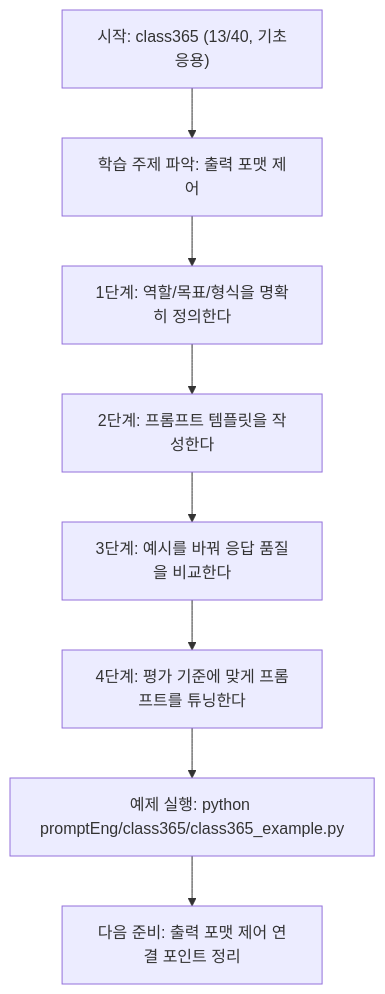
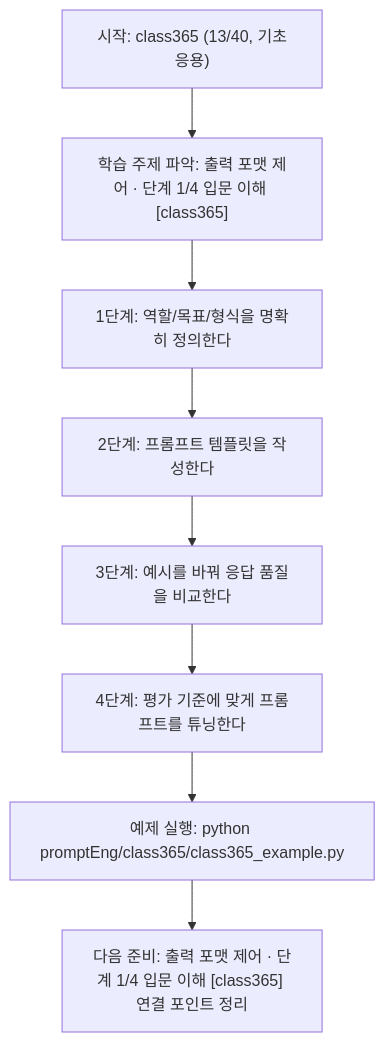
Before and after one commit to edumgt/Python-AI_Agent-Class: the diagram in promptEng/class365/class365.md, drawn with Mermaid. The commit also changed other lines of this file and 522 other files, not shown here.

````diff
--- a/promptEng/class365/class365.md
+++ b/promptEng/class365/class365.md
@@ -109,18 +110,18 @@
 ```mermaid
 flowchart TD
 N1["시작: class365 (13/40, 기초응용)"]
-N2["학습 주제 파악: 출력 포맷 제어"]
+N2["학습 주제 파악: 출력 포맷 제어 · 단계 1/4 입문 이해 [class365]"]
 N3["1단계: 역할/목표/형식을 명확히 정의한다"]
 N4["2단계: 프롬프트 템플릿을 작성한다"]
 N5["3단계: 예시를 바꿔 응답 품질을 비교한다"]
 N6["4단계: 평가 기준에 맞게 프롬프트를 튜닝한다"]
 N7["예제 실행: python promptEng/class365/class365_example.py"]
-N8["다음 준비: 출력 포맷 제어 연결 포인트 정리"]
+N8["다음 준비: 출력 포맷 제어 · 단계 1/4 입문 이해 [class365] 연결 포인트 정리"]
 N1 --> N2
 N2 --> N3
 N3 --> N4
 N4 --> N5
 N5 --> N6
 N6 --> N7
 N7 --> N8
 ```
````
